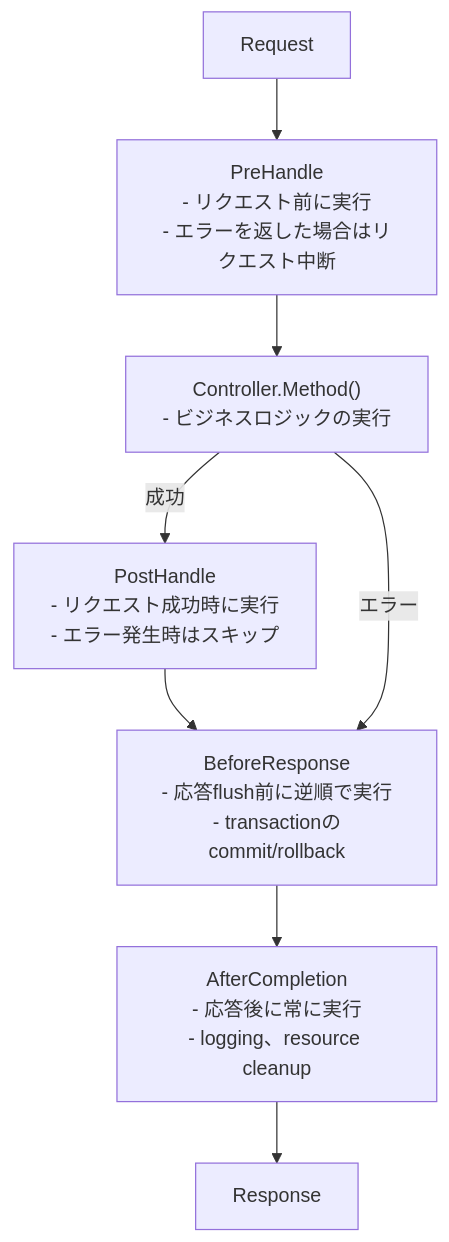
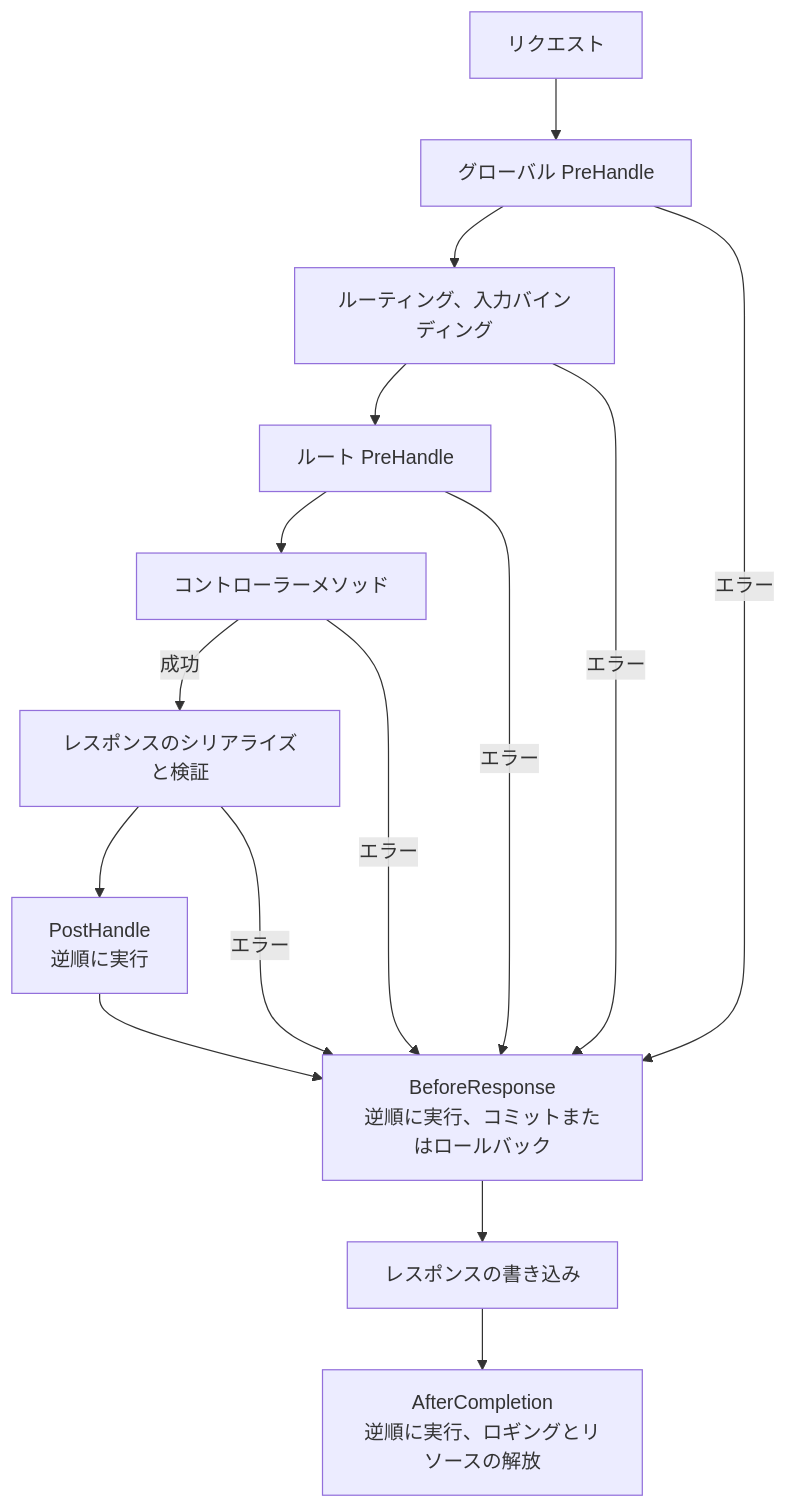
One commit to NARUBROWN/spine-site changed the diagram in docs/ja/learn/tutorial/4-interceptor.md. Above: the diagram before and after it, drawn with Mermaid. The commit also changed other lines of this file and 158 other files, not shown here.

````diff
--- a/docs/ja/learn/tutorial/4-interceptor.md
+++ b/docs/ja/learn/tutorial/4-interceptor.md
@@ -36,16 +30,17 @@
 ```mermaid
 graph TD
-    Request
-    Request --> Pre["PreHandle<br/>- リクエスト前に実行<br/>- エラーを返した場合はリクエスト中断"]
-    
-    Pre --> Controller["Controller.Method()<br/>- ビジネスロジックの実行"]
-    
-    Controller -- 成功 --> Post["PostHandle<br/>- リクエスト成功時に実行<br/>- エラー発生時はスキップ"]
-    
-    Post --> Before["BeforeResponse<br/>- 応答flush前に逆順で実行<br/>- transactionのcommit/rollback"]
-    
+    Request["リクエスト"] --> GlobalPre["グローバル PreHandle"]
+    GlobalPre --> Bind["ルーティング、入力バインディング"]
+    Bind --> RoutePre["ルート PreHandle"]
+    RoutePre --> Controller["コントローラーメソッド"]
+    Controller -- 成功 --> Prepare["レスポンスのシリアライズと検証"]
+    Prepare --> Post["PostHandle<br/>逆順に実行"]
+    Post --> Before["BeforeResponse<br/>逆順に実行、コミットまたはロールバック"]
+    GlobalPre -- エラー --> Before
+    Bind -- エラー --> Before
+    RoutePre -- エラー --> Before
     Controller -- エラー --> Before
-    Before --> After["AfterCompletion<br/>- 応答後に常に実行<br/>- logging、resource cleanup"]
-    
-    After --> Response
+    Prepare -- エラー --> Before
+    Before --> Response["レスポンスの書き込み"]
+    Response --> After["AfterCompletion<br/>逆順に実行、ロギングとリソースの解放"]
 ```
````
